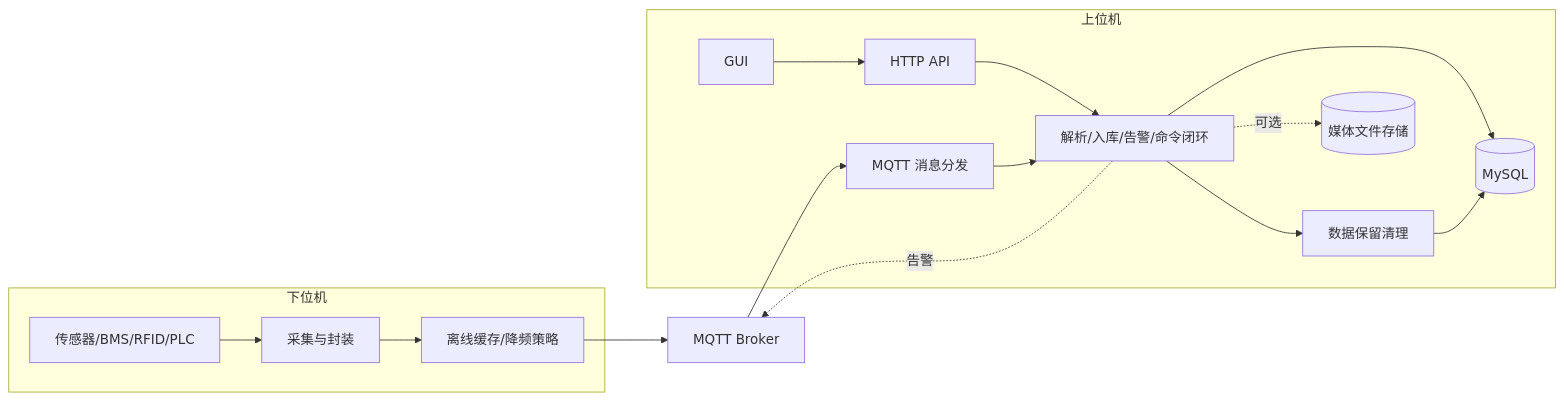
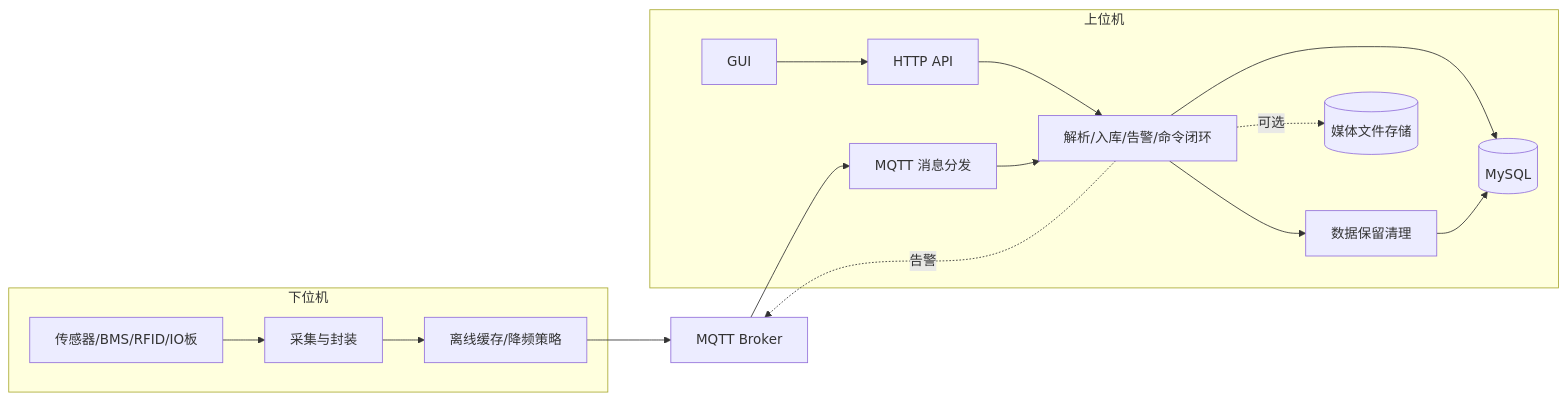
Before and after one commit to MrLiuPeiBao/loonginx: the first of 3 diagrams in docs/architecture.md, drawn with Mermaid. The commit also changed other lines of this file and 172 other files, not shown here.

````diff
--- a/docs/architecture.md
+++ b/docs/architecture.md
@@ -31,28 +31,28 @@
 ```mermaid
 flowchart LR
   subgraph Client[下位机]
-    Sensors[传感器/BMS/RFID/PLC]
+    Sensors[传感器/BMS/RFID/IO板]
     ClientApp[采集与封装]
     Offline[离线缓存/降频策略]
   end
   Broker[MQTT Broker]
   subgraph Server[上位机]
     MqttIn[MQTT 消息分发]
     Ingest[解析/入库/告警/命令闭环]
     Retention[数据保留清理]
     DB[(MySQL)]
     MediaFS[(媒体文件存储)]
     API[HTTP API]
     GUI[GUI]
   end
 
   Sensors --> ClientApp
   ClientApp --> Offline --> Broker
   Broker --> MqttIn --> Ingest --> DB
   Ingest -.告警.-> Broker
   Ingest -.可选.-> MediaFS
   API --> Ingest
   GUI --> API
   Retention --> DB
   Ingest --> Retention
 ```
````
